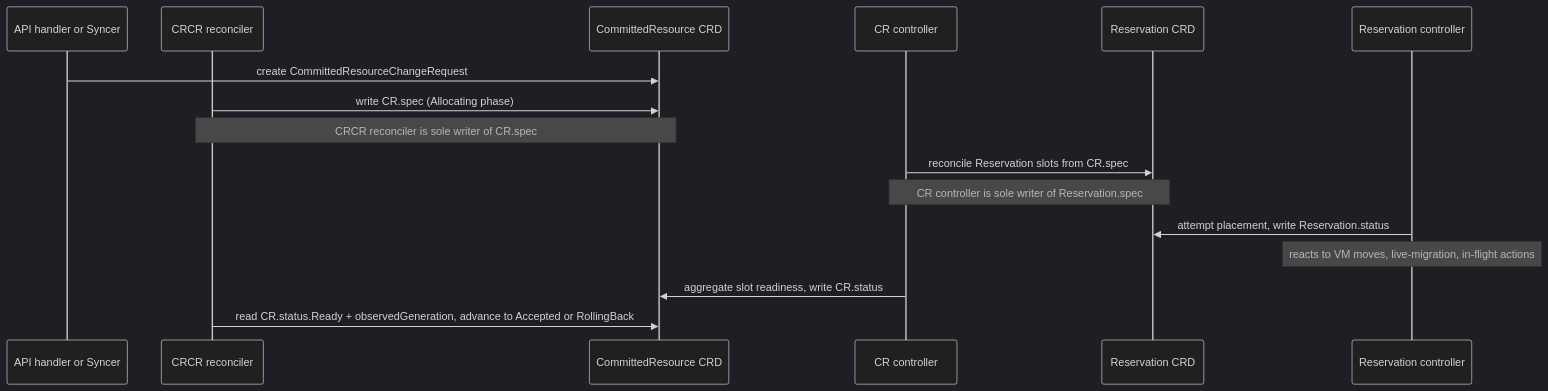
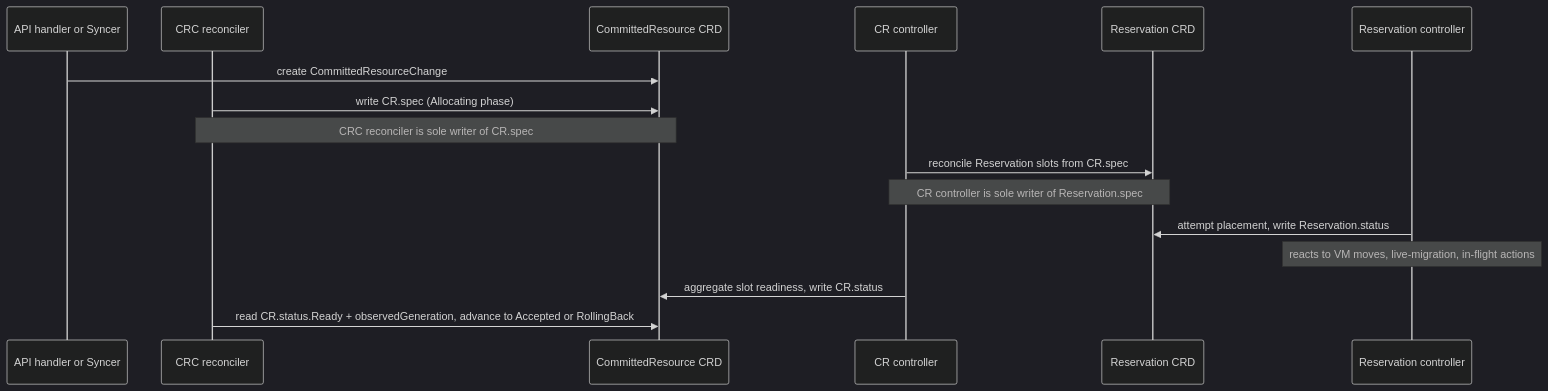
The second of 3 diagrams in docs/03-reservations-and-inventory/03-b-committed-resource-transaction-architecture.md (cobaltcore-dev/cortex), drawn with Mermaid (dark theme) before and after one commit. The commit also changed other lines of this file and 8 other files, not shown here.

````diff
--- a/docs/03-reservations-and-inventory/03-b-committed-resource-transaction-architecture.md
+++ b/docs/03-reservations-and-inventory/03-b-committed-resource-transaction-architecture.md
@@ -42,19 +42,19 @@
 ```mermaid
 sequenceDiagram
     participant W as API handler or Syncer
-    participant CRCR as CRCR reconciler
-    participant CRCRD as CommittedResource CRD
+    participant CRC as CRC reconciler
+    participant CRCD as CommittedResource CRD
     participant CRCtl as CR controller
     participant ResCRD as Reservation CRD
     participant ResCtl as Reservation controller
 
-    W->>CRCRD: create CommittedResourceChangeRequest
-    CRCR->>CRCRD: write CR.spec (Allocating phase)
-    Note over CRCR,CRCRD: CRCR reconciler is sole writer of CR.spec
+    W->>CRCD: create CommittedResourceChange
+    CRC->>CRCD: write CR.spec (Allocating phase)
+    Note over CRC,CRCD: CRC reconciler is sole writer of CR.spec
     CRCtl->>ResCRD: reconcile Reservation slots from CR.spec
     Note over CRCtl,ResCRD: CR controller is sole writer of Reservation.spec
     ResCtl->>ResCRD: attempt placement, write Reservation.status
     Note over ResCtl: reacts to VM moves, live-migration, in-flight actions
-    CRCtl->>CRCRD: aggregate slot readiness, write CR.status
-    CRCR->>CRCRD: read CR.status.Ready + observedGeneration, advance to Accepted or RollingBack
+    CRCtl->>CRCD: aggregate slot readiness, write CR.status
+    CRC->>CRCD: read CR.status.Ready + observedGeneration, advance to Accepted or RollingBack
 ```
````
